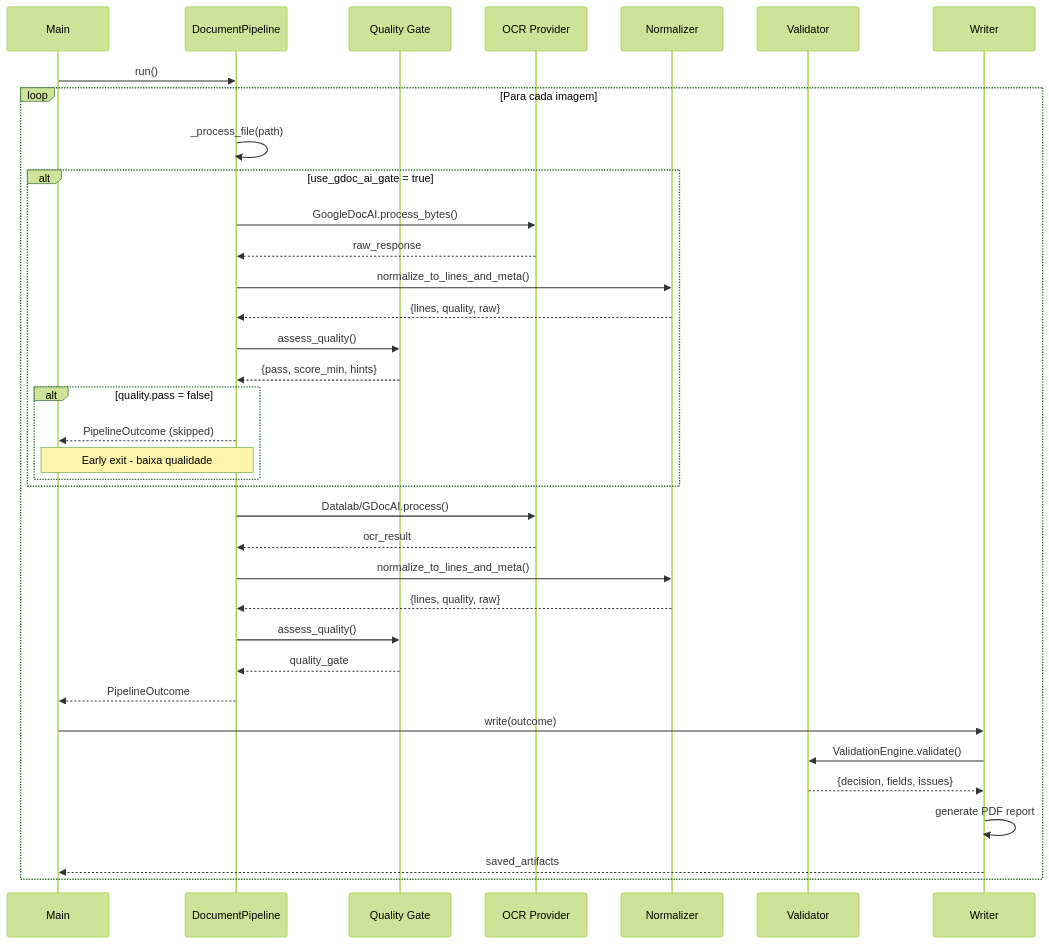
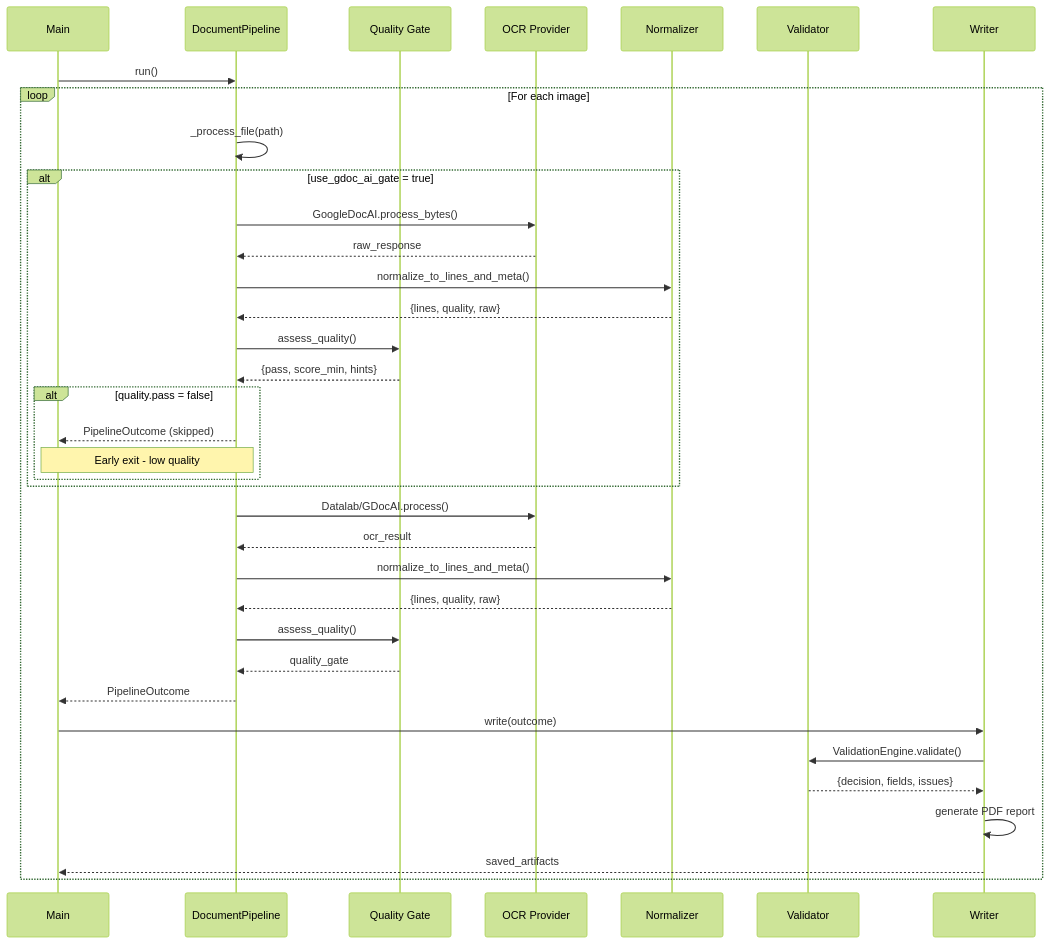
The second of 2 diagrams in README.md (douglashsabreu/ocr_poc), drawn with Mermaid (forest theme) before and after one commit. The commit also changed other lines of this file and 1 other file, not shown here.

````diff
--- a/README.md
+++ b/README.md
@@ -39,43 +43,43 @@
 ```mermaid
 sequenceDiagram
     participant Main
     participant Pipeline as DocumentPipeline
     participant Gate as Quality Gate
     participant Provider as OCR Provider
     participant Norm as Normalizer
     participant Valid as Validator
     participant Writer
     
     Main->>Pipeline: run()
-    loop Para cada imagem
+    loop For each image
         Pipeline->>Pipeline: _process_file(path)
         
         alt use_gdoc_ai_gate = true
             Pipeline->>Provider: GoogleDocAI.process_bytes()
             Provider-->>Pipeline: raw_response
             Pipeline->>Norm: normalize_to_lines_and_meta()
             Norm-->>Pipeline: {lines, quality, raw}
             Pipeline->>Gate: assess_quality()
             Gate-->>Pipeline: {pass, score_min, hints}
             
             alt quality.pass = false
                 Pipeline-->>Main: PipelineOutcome (skipped)
-                Note over Pipeline,Main: Early exit - baixa qualidade
+                Note over Pipeline,Main: Early exit - low quality
             end
         end
         
         Pipeline->>Provider: Datalab/GDocAI.process()
         Provider-->>Pipeline: ocr_result
         Pipeline->>Norm: normalize_to_lines_and_meta()
         Norm-->>Pipeline: {lines, quality, raw}
         Pipeline->>Gate: assess_quality()
         Gate-->>Pipeline: quality_gate
         
         Pipeline-->>Main: PipelineOutcome
         Main->>Writer: write(outcome)
         Writer->>Valid: ValidationEngine.validate()
         Valid-->>Writer: {decision, fields, issues}
         Writer->>Writer: generate PDF report
         Writer-->>Main: saved_artifacts
     end
 ```
````
